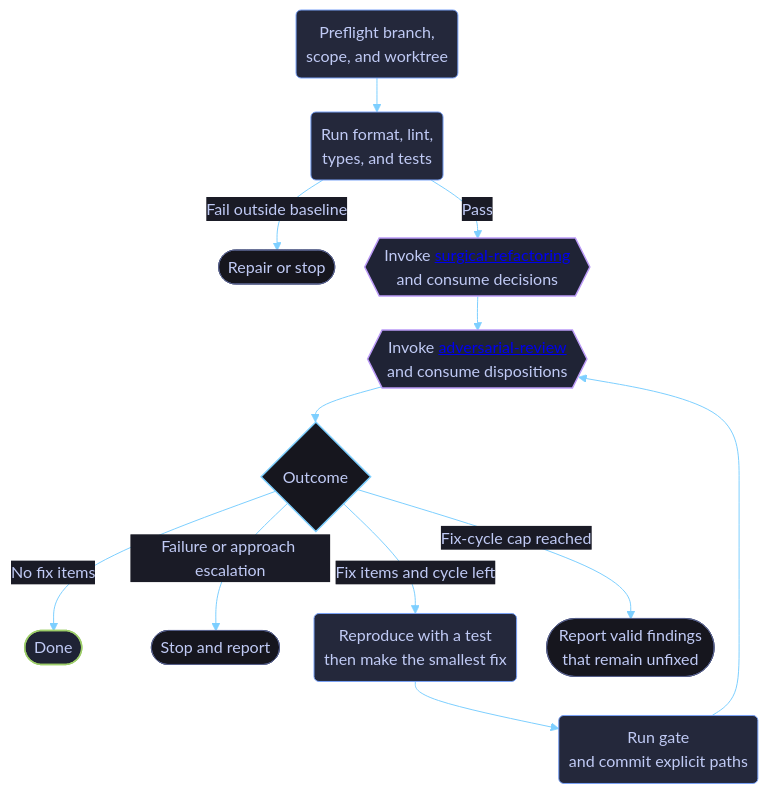
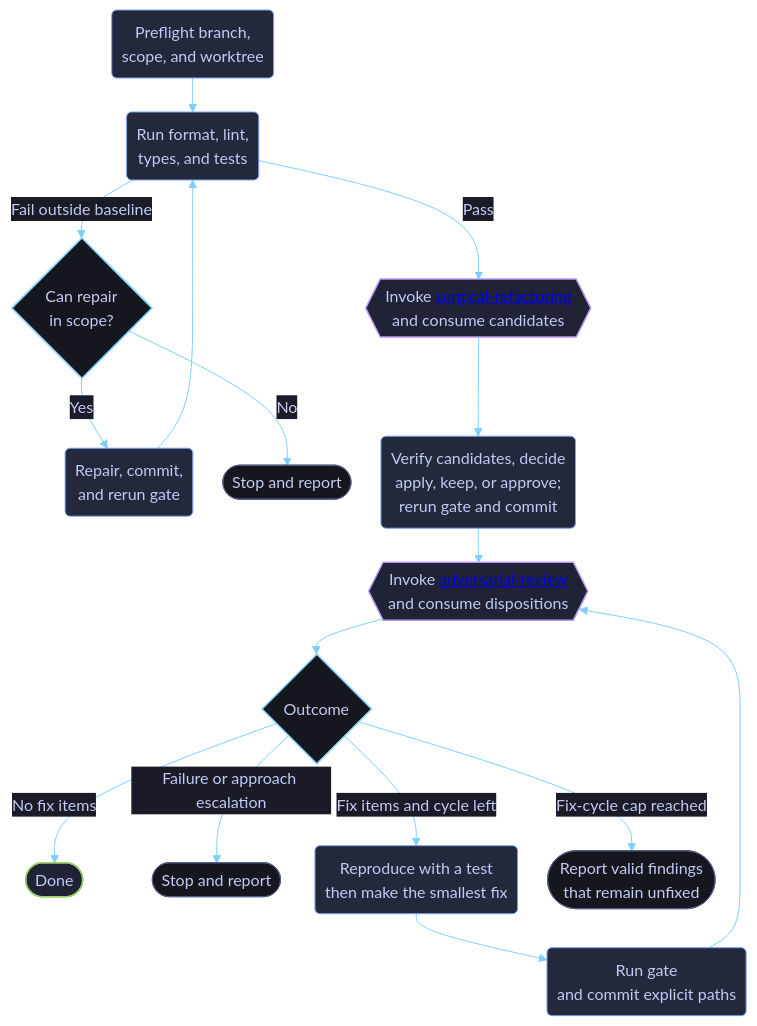
Before and after one commit to dvo-dev/copilot-guidance: the diagram in docs/skill-workflows/review-fix-loop.md, drawn with Mermaid. The commit also changed other lines of this file and 11 other files, not shown here.

First line of the commit message:
Land skill-workflow review fixes and ASCII synthetic examples (#15)

````diff
--- a/docs/skill-workflows/review-fix-loop.md
+++ b/docs/skill-workflows/review-fix-loop.md
@@ -20,27 +20,31 @@
 ```mermaid
 %%{init: {"theme":"base","themeVariables":{"background":"#1a1b26","primaryColor":"#24283b","primaryTextColor":"#c0caf5","primaryBorderColor":"#7aa2f7","secondaryColor":"#1f2335","secondaryTextColor":"#c0caf5","secondaryBorderColor":"#bb9af7","tertiaryColor":"#16161e","tertiaryTextColor":"#c0caf5","tertiaryBorderColor":"#7dcfff","lineColor":"#7dcfff","textColor":"#c0caf5","mainBkg":"#24283b","nodeBorder":"#7aa2f7","clusterBkg":"#16161e","clusterBorder":"#565f89","defaultLinkColor":"#7dcfff","edgeLabelBackground":"#1a1b26","titleColor":"#bb9af7","fontFamily":"ui-monospace, SFMono-Regular, Menlo, Monaco, Consolas, Liberation Mono, monospace"},"flowchart":{"curve":"basis","htmlLabels":true,"nodeSpacing":30,"rankSpacing":34,"padding":10}}}%%
 flowchart TD
     A("Preflight branch,<br/>scope, and worktree") --> B("Run format, lint,<br/>types, and tests")
-    B -->|Fail outside baseline| C(["Repair or stop"])
-    B -->|Pass| E{{"Invoke <a href='https://github.com/dvo-dev/copilot-guidance/blob/main/docs/skill-workflows/surgical-refactoring.md'>surgical-refactoring</a><br/>and consume decisions"}}
-    E --> G{{"Invoke <a href='https://github.com/dvo-dev/copilot-guidance/blob/main/docs/skill-workflows/adversarial-review.md'>adversarial-review</a><br/>and consume dispositions"}}
+    B -->|Fail outside baseline| REPAIRDEC{"Can repair<br/>in scope?"}
+    REPAIRDEC -->|Yes| REPAIR("Repair, commit,<br/>and rerun gate")
+    REPAIR --> B
+    REPAIRDEC -->|No| STOP(["Stop and report"])
+    B -->|Pass| E{{"Invoke <a href='https://github.com/dvo-dev/copilot-guidance/blob/main/docs/skill-workflows/surgical-refactoring.md'>surgical-refactoring</a><br/>and consume candidates"}}
+    E --> F("Verify candidates, decide<br/>apply, keep, or approve;<br/>rerun gate and commit")
+    F --> G{{"Invoke <a href='https://github.com/dvo-dev/copilot-guidance/blob/main/docs/skill-workflows/adversarial-review.md'>adversarial-review</a><br/>and consume dispositions"}}
     G --> H{"Outcome"}
     H -->|No fix items| I(["Done"])
     H -->|Failure or approach escalation| J(["Stop and report"])
     H -->|Fix items and cycle left| K("Reproduce with a test<br/>then make the smallest fix")
     K --> L("Run gate<br/>and commit explicit paths")
     L --> G
     H -->|Fix-cycle cap reached| M(["Report valid findings<br/>that remain unfixed"])
 
     classDef stage fill:#24283b,stroke:#7aa2f7,stroke-width:1px,color:#c0caf5;
     classDef delegated fill:#1f2335,stroke:#bb9af7,stroke-width:1.5px,color:#c0caf5;
     classDef outcome fill:#1f2335,stroke:#9ece6a,stroke-width:1.5px,color:#c0caf5;
     classDef terminal fill:#16161e,stroke:#565f89,stroke-width:1px,color:#c0caf5;
     classDef decision fill:#16161e,stroke:#7dcfff,stroke-width:1.5px,color:#c0caf5;
-    class A,B,K,L stage;
+    class A,B,F,K,L,REPAIR stage;
     class E,G delegated;
     class I outcome;
-    class C,J,M terminal;
-    class H decision;
+    class STOP,J,M terminal;
+    class REPAIRDEC,H decision;
 
 ```
````
